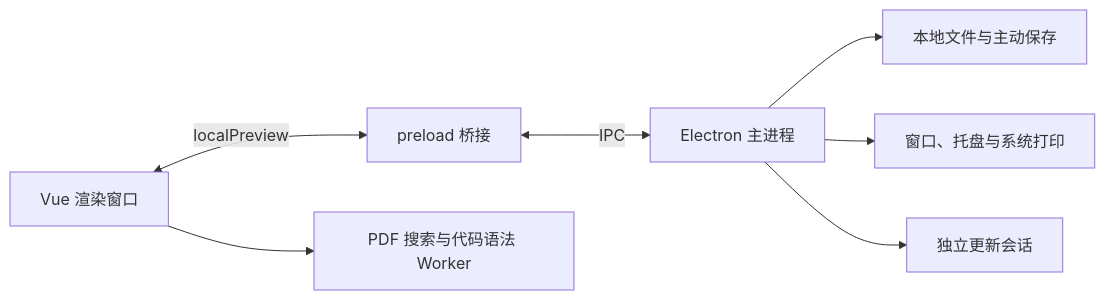
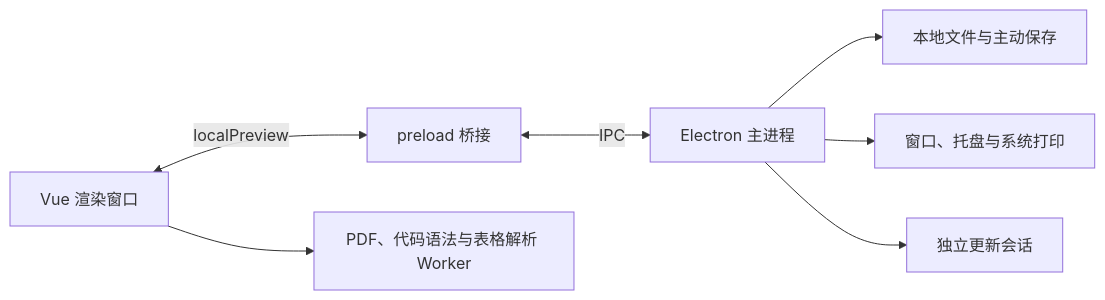
Before and after one commit to Linn924/magic-file-box: the diagram in docs/ARCHITECTURE.md, drawn with Mermaid. The commit also changed other lines of this file and 43 other files, not shown here.

````diff
--- a/docs/ARCHITECTURE.md
+++ b/docs/ARCHITECTURE.md
@@ -9,9 +9,9 @@
 ```mermaid
 flowchart LR
   R[Vue 渲染窗口] <-->|localPreview| P[preload 桥接]
   P <-->|IPC| M[Electron 主进程]
   M --> F[本地文件与主动保存]
   M --> W[窗口、托盘与系统打印]
   M --> U[独立更新会话]
-  R --> K[PDF 搜索与代码语法 Worker]
+  R --> K[PDF、代码语法与表格解析 Worker]
 ```
````
